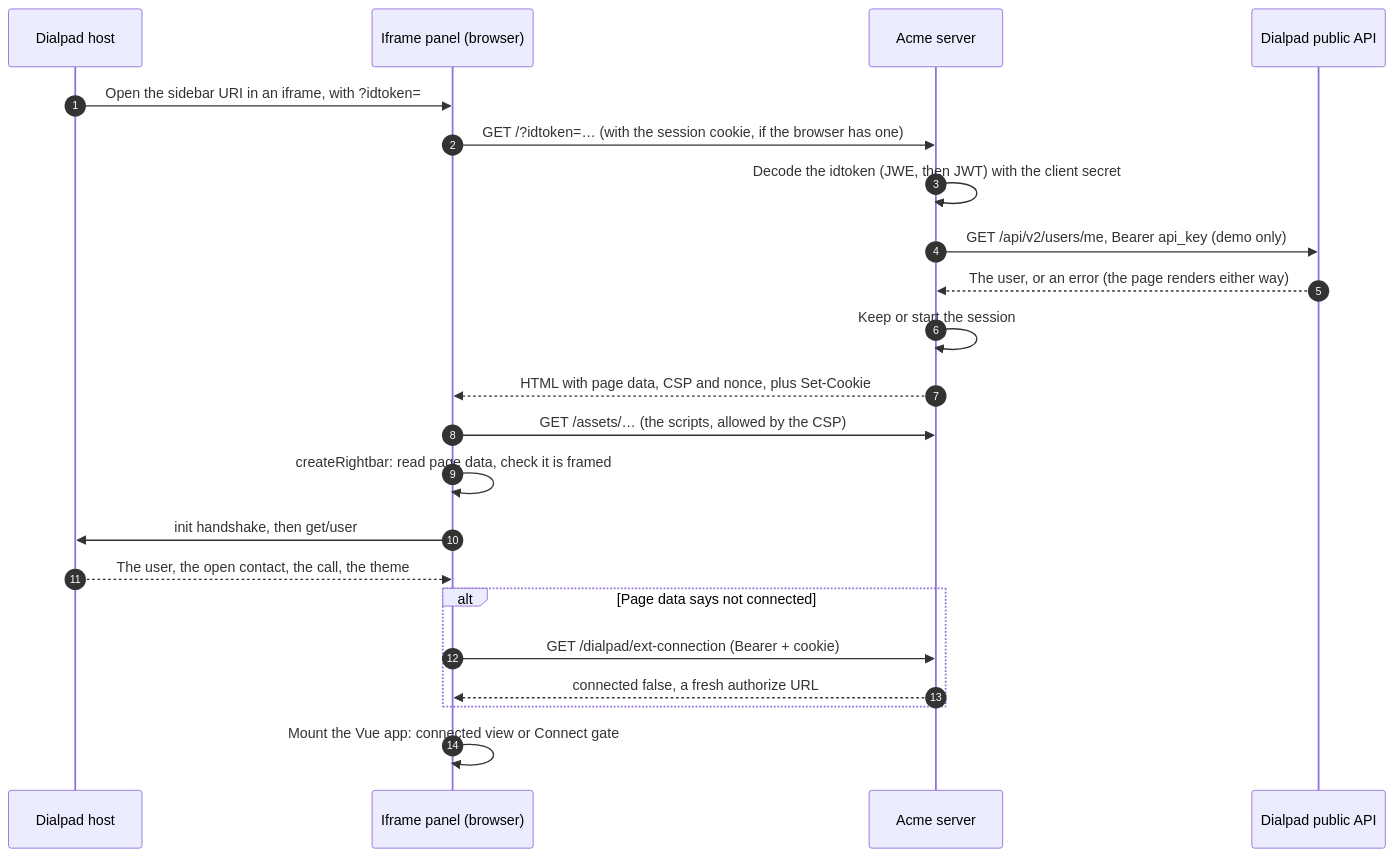
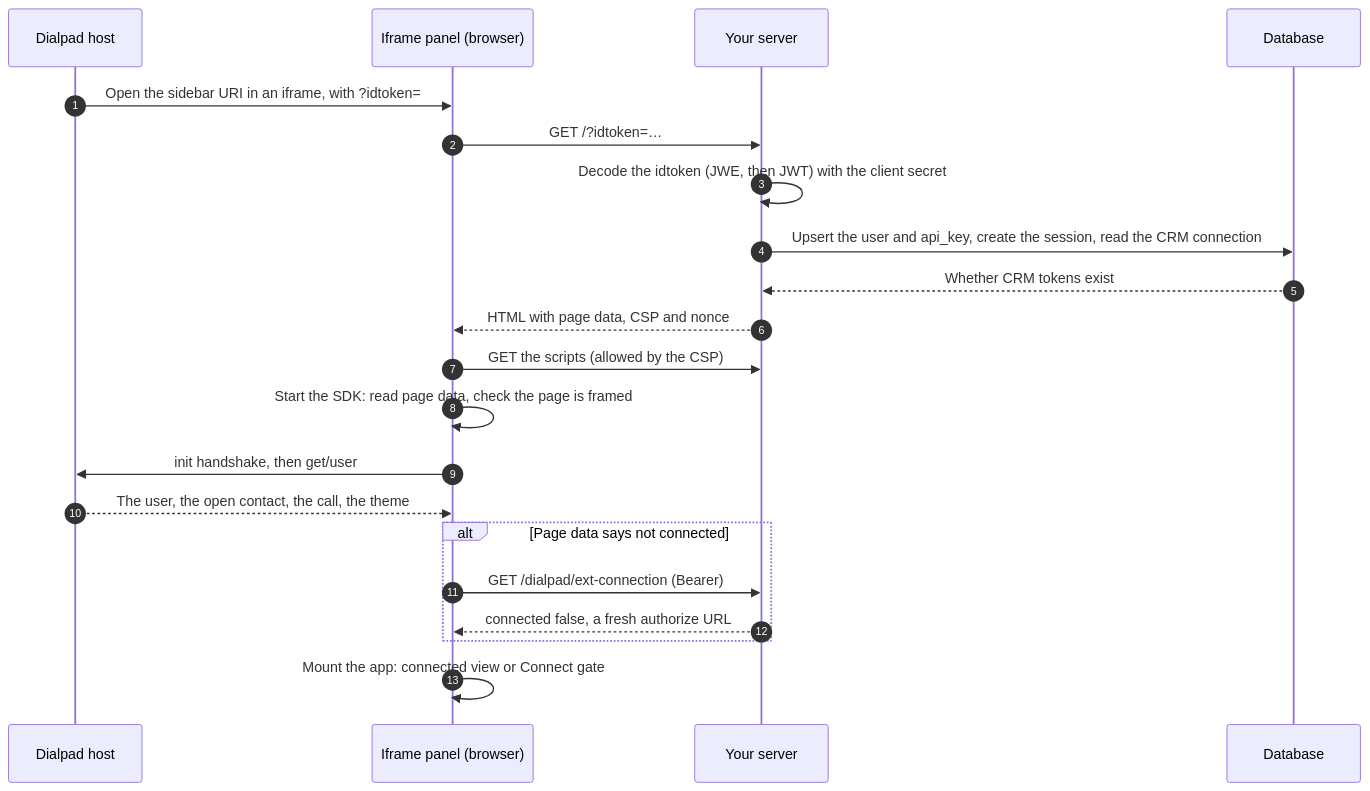
The third of 12 diagrams in FLOWS.md (dialpad/sample-dialapp-external), drawn with Mermaid before and after one commit. The commit also changed other lines of this file and 2 other files, not shown here.

Commit message:
NO-JIRA: Rewrite FLOWS.md for a real partner app, add server-to-server and webhook flows (docs)

````diff
--- a/FLOWS.md
+++ b/FLOWS.md
@@ -81,25 +91,24 @@
 ```mermaid
 sequenceDiagram
   autonumber
   participant D as Dialpad host
   participant B as Iframe panel (browser)
-  participant S as Acme server
-  participant A as Dialpad public API
+  participant S as Your server
+  participant DB as Database
 
   D->>B: Open the sidebar URI in an iframe, with ?idtoken=
-  B->>S: GET /?idtoken=… (with the session cookie, if the browser has one)
+  B->>S: GET /?idtoken=…
   S->>S: Decode the idtoken (JWE, then JWT) with the client secret
-  S->>A: GET /api/v2/users/me, Bearer api_key (demo only)
-  A-->>S: The user, or an error (the page renders either way)
-  S->>S: Keep or start the session
-  S-->>B: HTML with page data, CSP and nonce, plus Set-Cookie
-  B->>S: GET /assets/… (the scripts, allowed by the CSP)
-  B->>B: createRightbar: read page data, check it is framed
+  S->>DB: Upsert the user and api_key, create the session, read the CRM connection
+  DB-->>S: Whether CRM tokens exist
+  S-->>B: HTML with page data, CSP and nonce
+  B->>S: GET the scripts (allowed by the CSP)
+  B->>B: Start the SDK: read page data, check the page is framed
   B->>D: init handshake, then get/user
   D-->>B: The user, the open contact, the call, the theme
   alt Page data says not connected
-    B->>S: GET /dialpad/ext-connection (Bearer + cookie)
+    B->>S: GET /dialpad/ext-connection (Bearer)
     S-->>B: connected false, a fresh authorize URL
   end
-  B->>B: Mount the Vue app: connected view or Connect gate
+  B->>B: Mount the app: connected view or Connect gate
 ```
````
